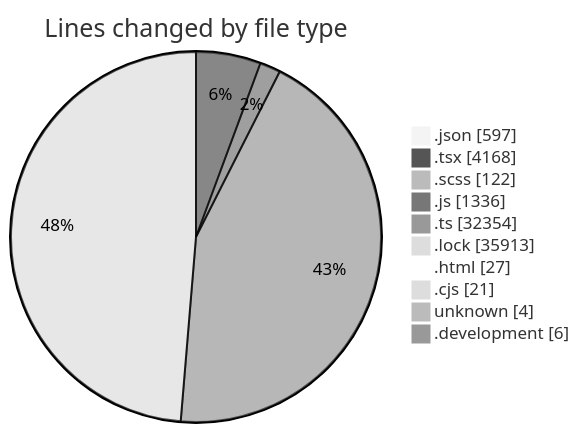
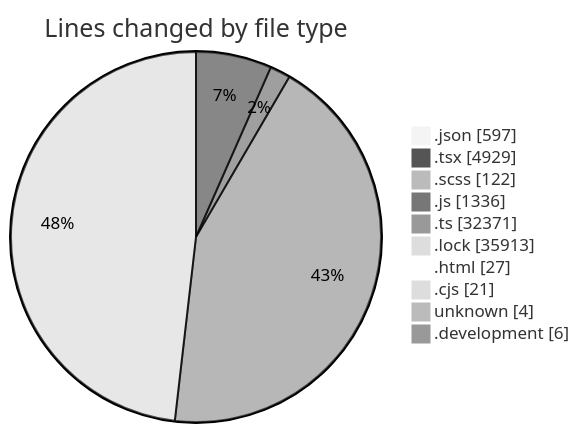
The first of 2 diagrams in 2026-09-03/cda/README.md (momahboobian/code-tracking), drawn with Mermaid (neutral theme) before and after one commit. The commit also changed other lines of this file and 1 other file, not shown here.

````diff
--- a/2026-09-03/cda/README.md
+++ b/2026-09-03/cda/README.md
@@ -71,14 +81,14 @@
 ```mermaid
 pie showData
 title Lines changed by file type
 ".json" : 597
-".tsx" : 4168
+".tsx" : 4929
 ".scss" : 122
 ".js" : 1336
-".ts" : 32354
+".ts" : 32371
 ".lock" : 35913
 ".html" : 27
 ".cjs" : 21
 "unknown" : 4
 ".development" : 6
 ```
````
